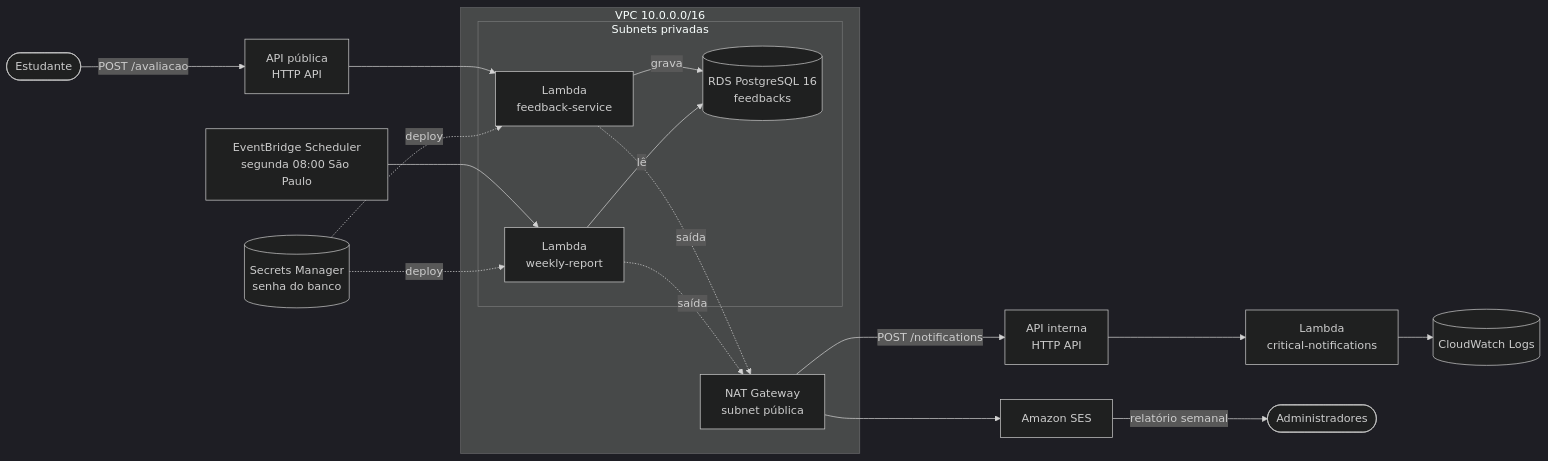
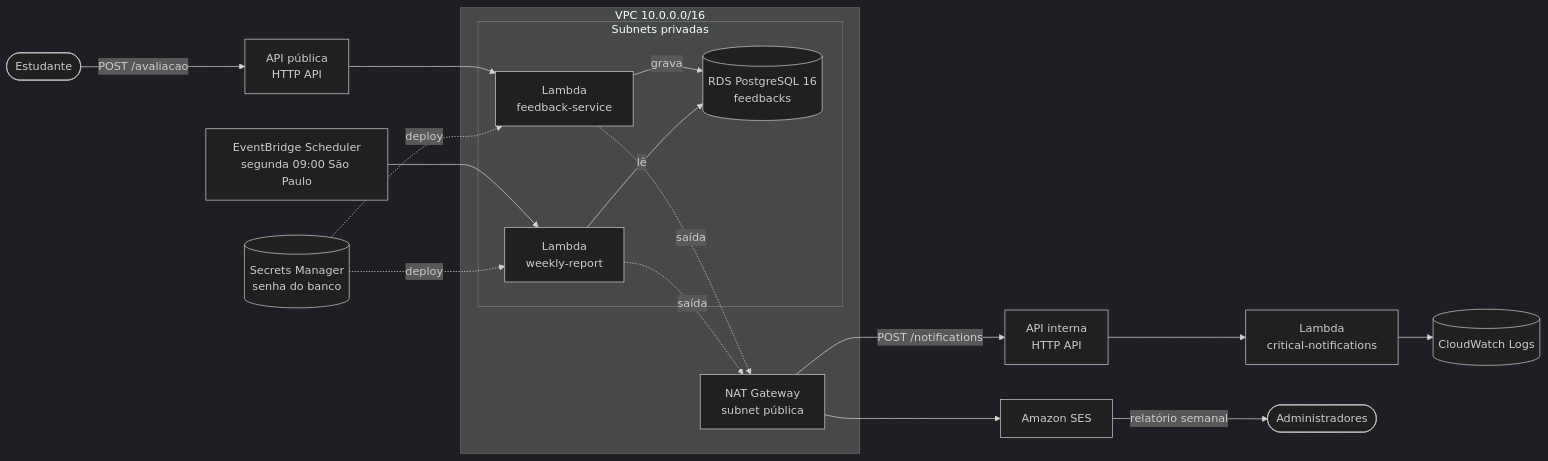
The diagram in infra/README.md (gabrielresan/fiap-tc-4), drawn with Mermaid (dark theme) before and after one commit. The commit also changed other lines of this file and 3 other files, not shown here.

````diff
--- a/infra/README.md
+++ b/infra/README.md
@@ -7,29 +7,29 @@
 ```mermaid
 flowchart LR
     estudante([Estudante]) -->|POST /avaliacao| feedbackApi[API pública<br/>HTTP API]
     feedbackApi --> feedback[Lambda<br/>feedback-service]
 
     subgraph vpc[VPC 10.0.0.0/16]
         subgraph privada[Subnets privadas]
             feedback
             report[Lambda<br/>weekly-report]
             rds[(RDS PostgreSQL 16<br/>feedbacks)]
         end
         nat[NAT Gateway<br/>subnet pública]
     end
 
     feedback -->|grava| rds
     report -->|lê| rds
     feedback -.->|saída| nat
     report -.->|saída| nat
     nat -->|POST /notifications| notificationsApi[API interna<br/>HTTP API]
     notificationsApi --> critical[Lambda<br/>critical-notifications]
     critical --> logs[(CloudWatch Logs)]
 
-    scheduler[EventBridge Scheduler<br/>segunda 08:00 São Paulo] --> report
+    scheduler[EventBridge Scheduler<br/>segunda 09:00 São Paulo] --> report
     nat --> ses[Amazon SES]
     ses -->|relatório semanal| admin([Administradores])
 
     secrets[(Secrets Manager<br/>senha do banco)] -.->|deploy| feedback
     secrets -.->|deploy| report
 ```
````
